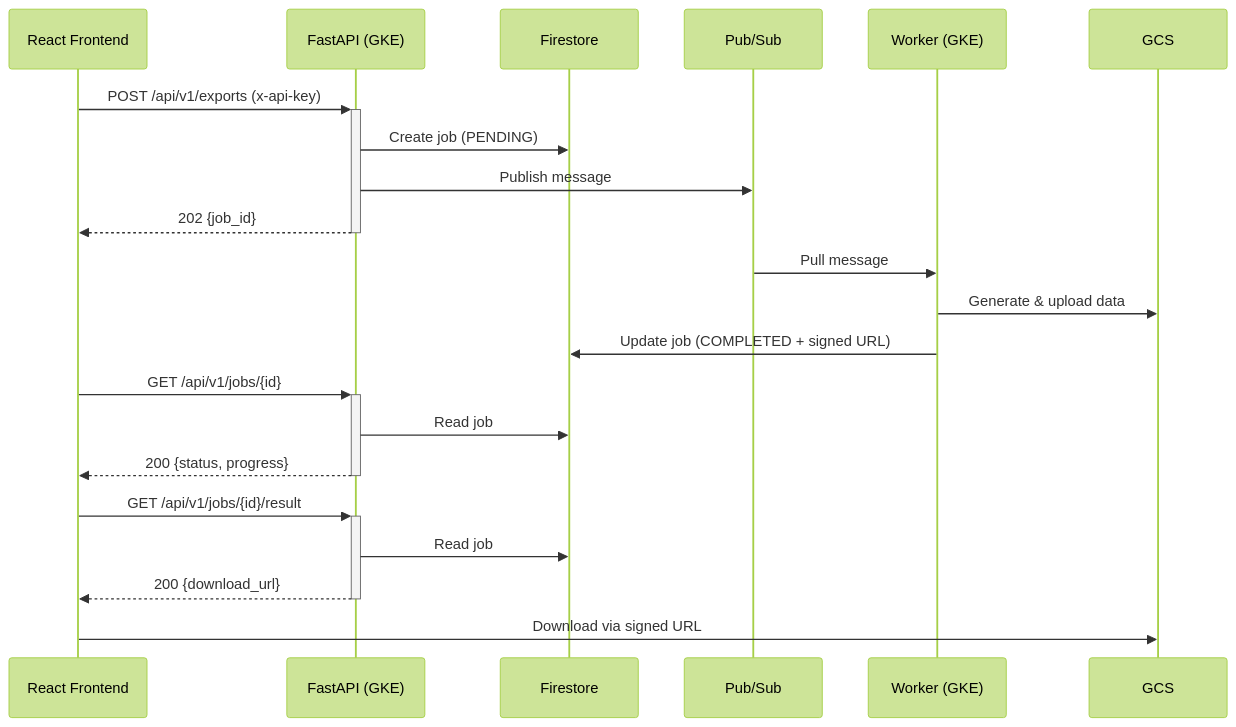
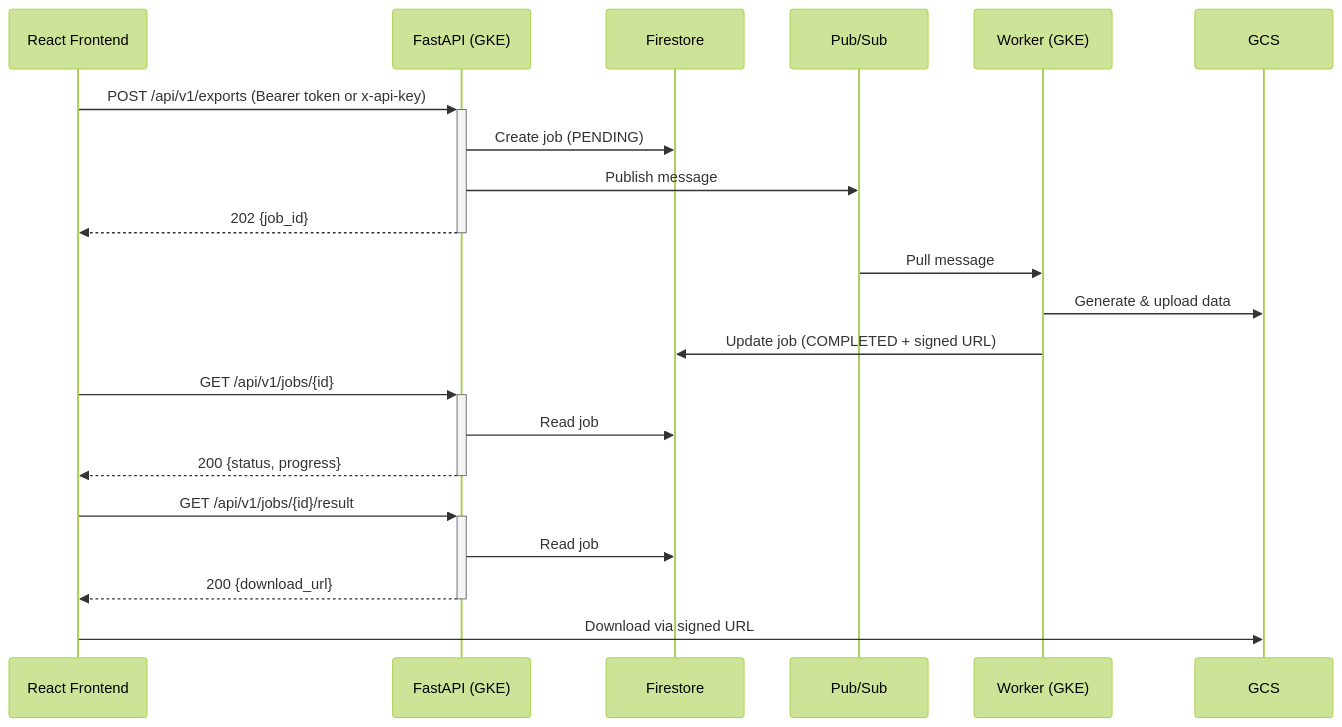
Before and after one commit to red512/krai: the second of 3 diagrams in README.md, drawn with Mermaid (forest theme). The commit also changed other lines of this file and 3 other files, not shown here.

````diff
--- a/README.md
+++ b/README.md
@@ -9,28 +89,28 @@
 ```mermaid
 sequenceDiagram
     participant UI as React Frontend
     participant API as FastAPI (GKE)
     participant FS as Firestore
     participant PS as Pub/Sub
     participant W as Worker (GKE)
     participant GCS as GCS
 
-    UI->>+API: POST /api/v1/exports (x-api-key)
+    UI->>+API: POST /api/v1/exports (Bearer token or x-api-key)
     API->>FS: Create job (PENDING)
     API->>PS: Publish message
     API-->>-UI: 202 {job_id}
 
     PS->>W: Pull message
     W->>GCS: Generate & upload data
     W->>FS: Update job (COMPLETED + signed URL)
 
     UI->>+API: GET /api/v1/jobs/{id}
     API->>FS: Read job
     API-->>-UI: 200 {status, progress}
 
     UI->>+API: GET /api/v1/jobs/{id}/result
     API->>FS: Read job
     API-->>-UI: 200 {download_url}
 
     UI->>GCS: Download via signed URL
 ```
````
